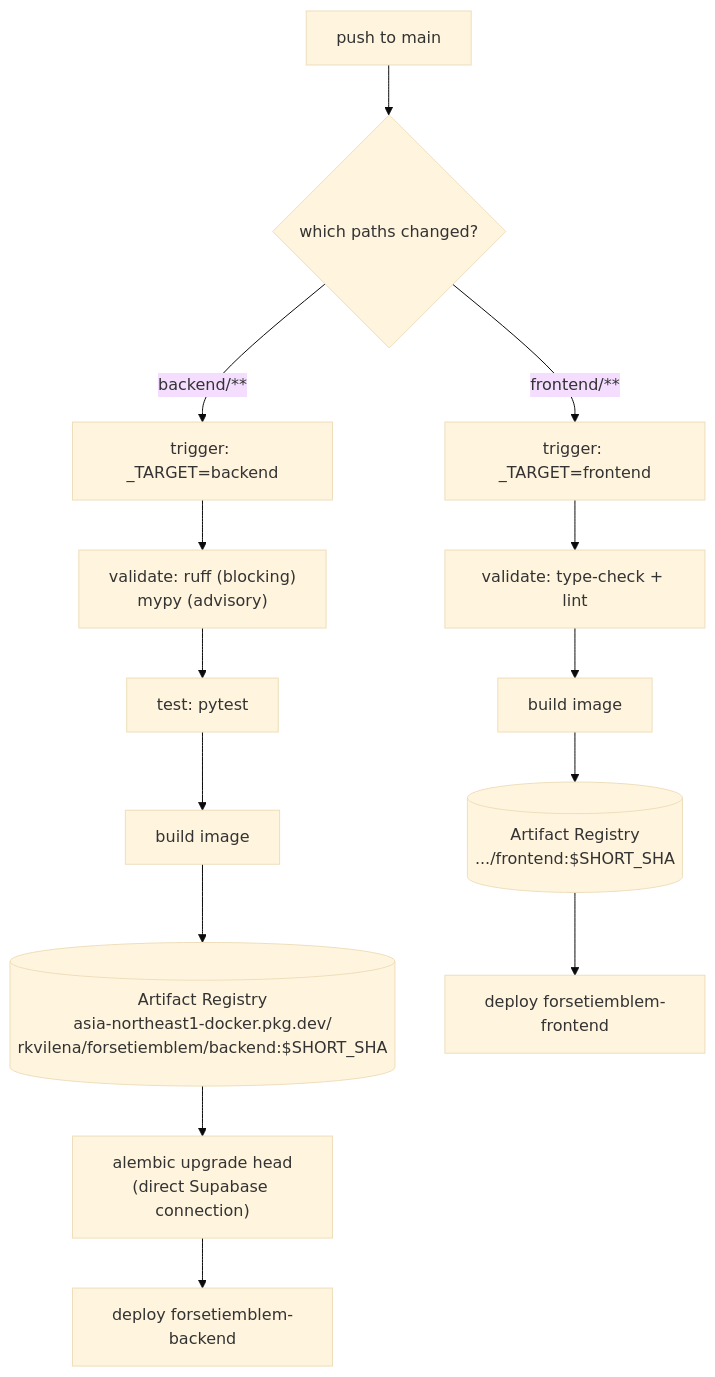
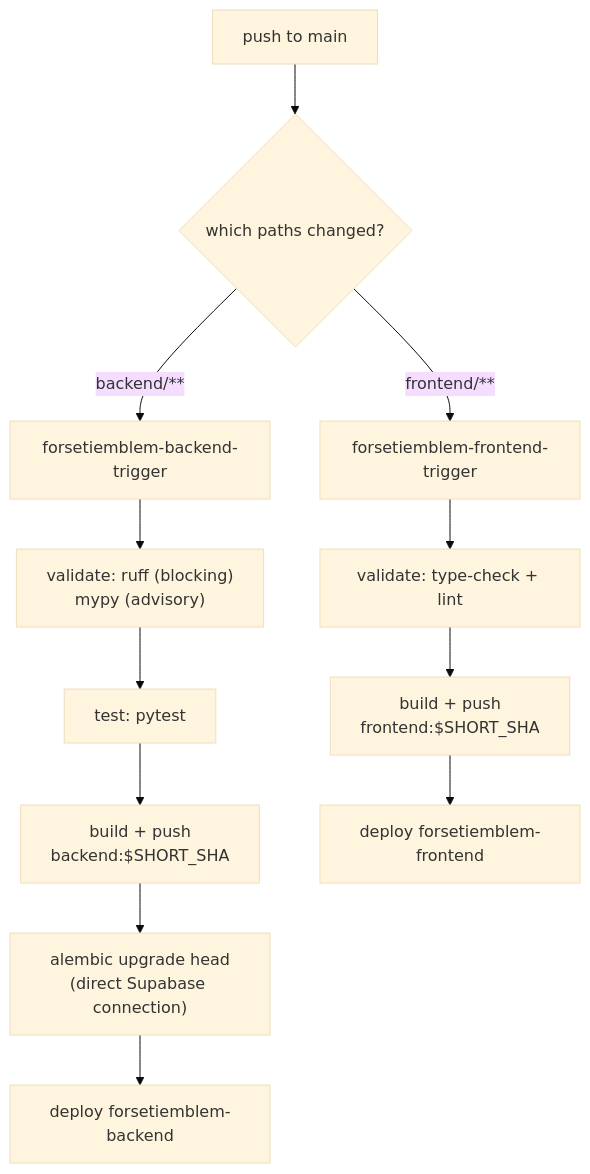
Before and after one commit to rkvilena/forseti-emblem: the diagram in infrastructure/README.md, drawn with Mermaid (base theme). The commit also changed other lines of this file and 3 other files, not shown here.

Commit message:
ci/cd: fe be flow separation

````diff
--- a/infrastructure/README.md
+++ b/infrastructure/README.md
@@ -36,19 +43,16 @@
 ```mermaid
 flowchart TB
     Push["push to main"] --> T{"which paths changed?"}
-    T -->|"backend/**"| BE["trigger: _TARGET=backend"]
-    T -->|"frontend/**"| FE["trigger: _TARGET=frontend"]
+    T -->|"backend/**"| BE["forsetiemblem-backend-trigger"]
+    T -->|"frontend/**"| FE["forsetiemblem-frontend-trigger"]
 
     BE --> BE1["validate: ruff (blocking)<br/>mypy (advisory)"]
     BE1 --> BE2["test: pytest"]
-    BE2 --> BE3["build image"]
+    BE2 --> BE3["build + push<br/>backend:$SHORT_SHA"]
+    BE3 --> MIG["alembic upgrade head<br/>(direct Supabase connection)"]
+    MIG --> DB["deploy forsetiemblem-backend"]
+
     FE --> FE1["validate: type-check + lint"]
-    FE1 --> FE3["build image"]
-
-    BE3 --> AR[("Artifact Registry<br/>asia-northeast1-docker.pkg.dev/<br/>rkvilena/forsetiemblem/backend:$SHORT_SHA")]
-    FE3 --> AR2[("Artifact Registry<br/>.../frontend:$SHORT_SHA")]
-
-    AR --> MIG["alembic upgrade head<br/>(direct Supabase connection)"]
-    MIG --> DB["deploy forsetiemblem-backend"]
-    AR2 --> DF["deploy forsetiemblem-frontend"]
+    FE1 --> FE2["build + push<br/>frontend:$SHORT_SHA"]
+    FE2 --> DF["deploy forsetiemblem-frontend"]
 ```
````
